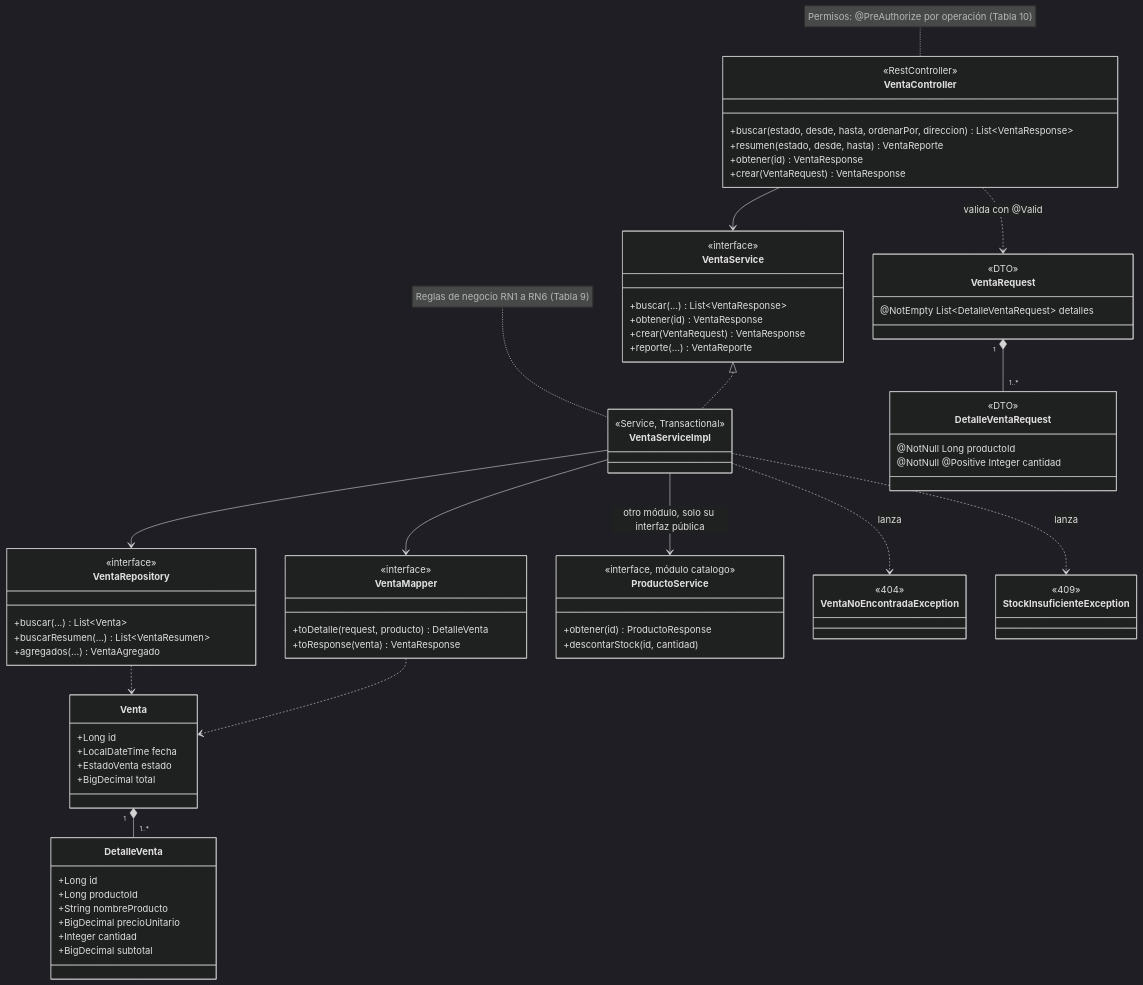
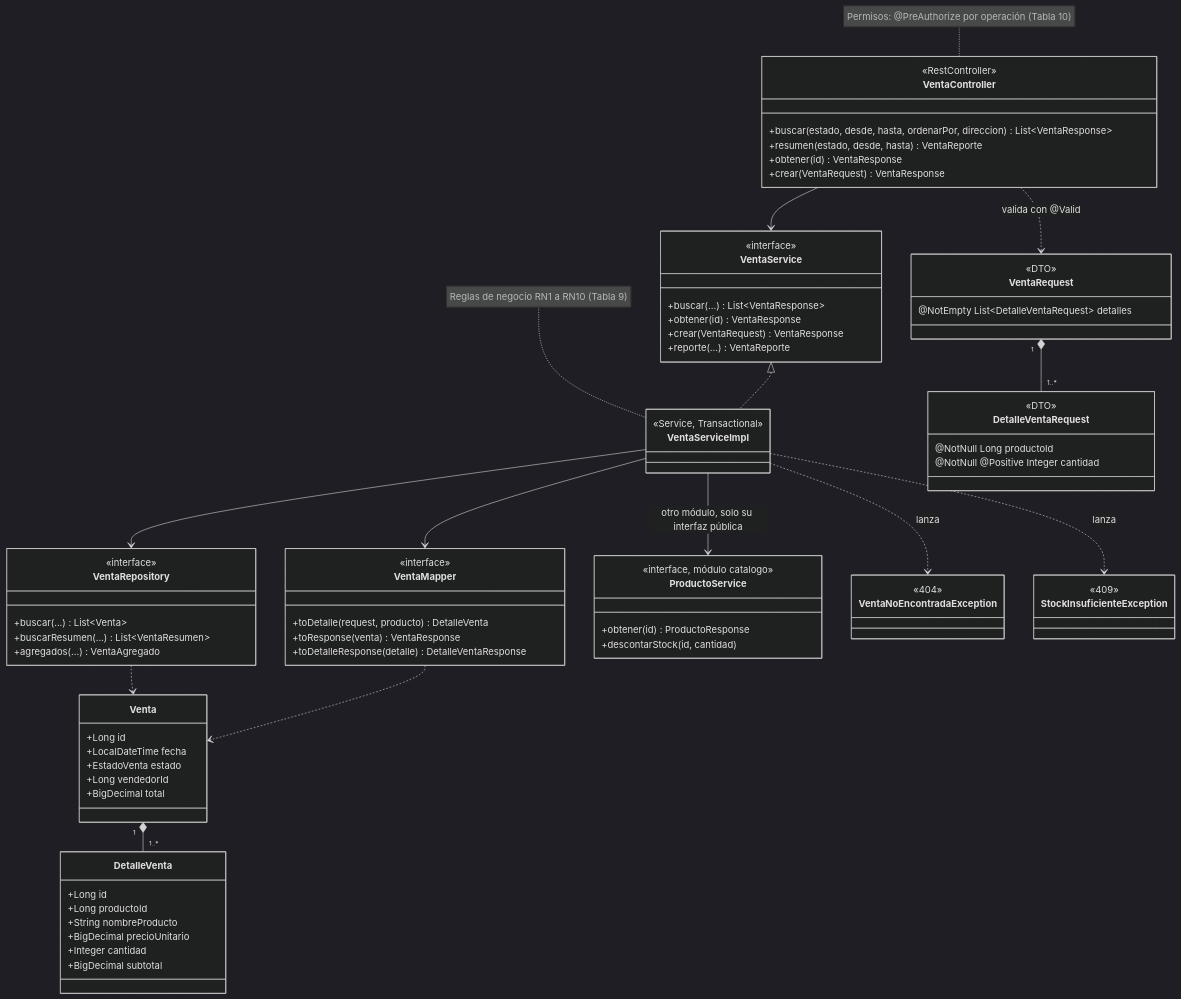
One commit to 262ciclo4/bomerp changed the sixth of 7 diagrams in docs/ads/sesiones/S08_Diseno_Clases_Avanzado_Transformacion_Objeto_Relacional.md. Above: the diagram before and after it, drawn with Mermaid (dark theme). The commit also changed other lines of this file, not shown here.

````diff
--- a/docs/ads/sesiones/S08_Diseno_Clases_Avanzado_Transformacion_Objeto_Relacional.md
+++ b/docs/ads/sesiones/S08_Diseno_Clases_Avanzado_Transformacion_Objeto_Relacional.md
@@ -456,6 +458,7 @@
         <<interface>>
         +toDetalle(request, producto) DetalleVenta
         +toResponse(venta) VentaResponse
+        +toDetalleResponse(detalle) DetalleVentaResponse
     }
     class ProductoService {
         <<interface, módulo catalogo>>
@@ -475,6 +478,7 @@
         +Long id
         +LocalDateTime fecha
         +EstadoVenta estado
+        +Long vendedorId
         +BigDecimal total
     }
     class DetalleVenta {
@@ -506,5 +510,5 @@
     Venta "1" *-- "1..*" DetalleVenta
 
     note for VentaController "Permisos: @PreAuthorize por operación (Tabla 10)"
-    note for VentaServiceImpl "Reglas de negocio RN1 a RN6 (Tabla 9)"
+    note for VentaServiceImpl "Reglas de negocio RN1 a RN10 (Tabla 9)"
 ```
````
